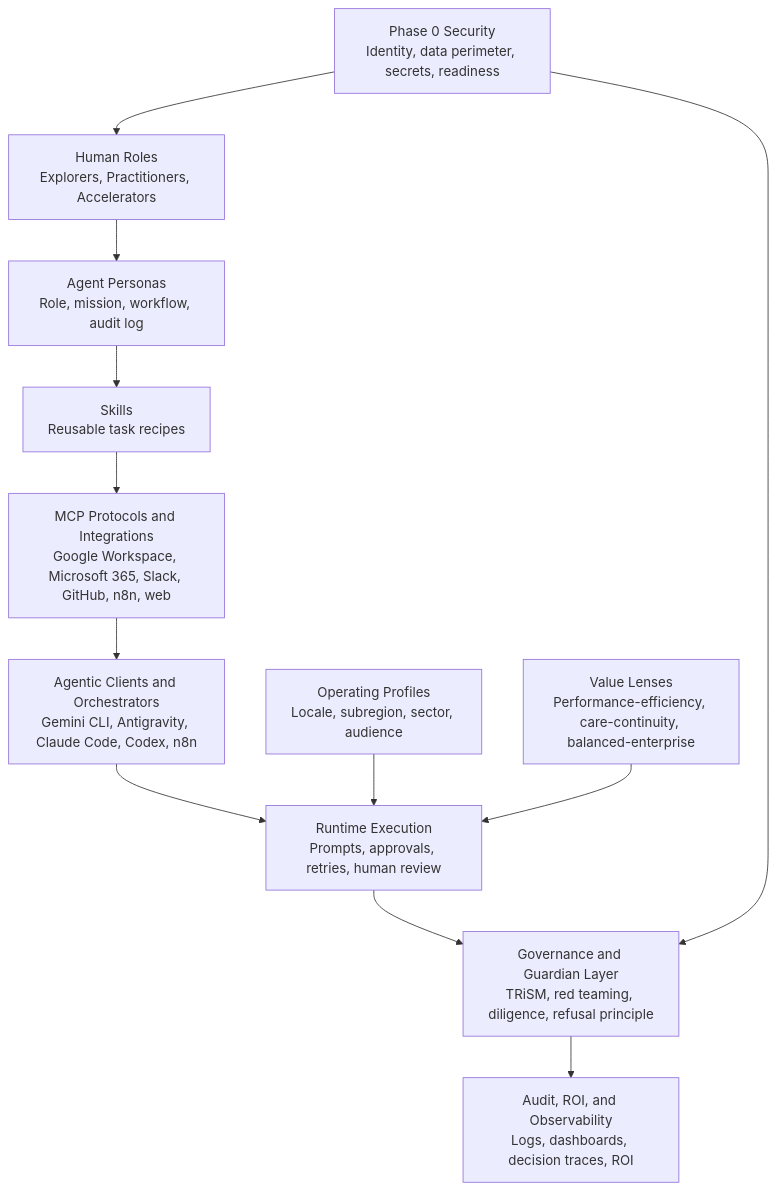
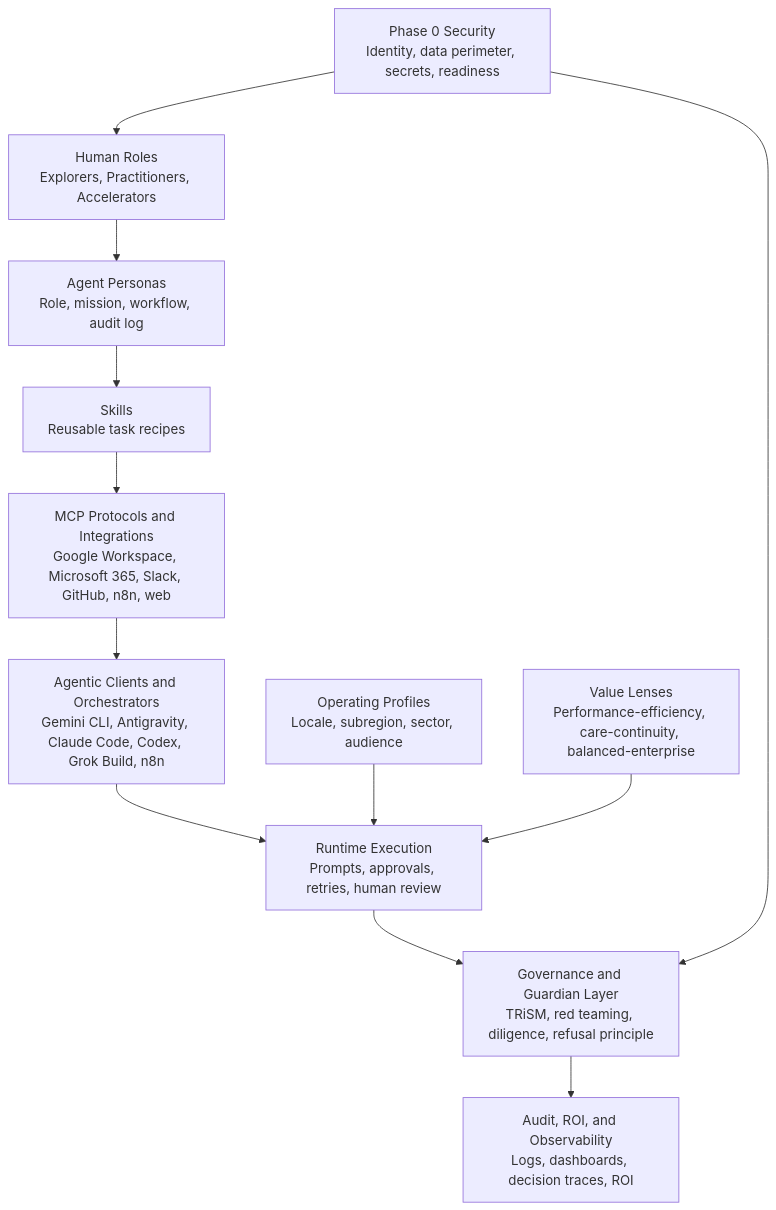
The diagram in docs/visuals/noemi-system-map.md (project-noemi/agents), drawn with Mermaid before and after one commit. The commit also changed 17 other files, not shown here.

First line of the commit message:
docs: name Grok Build wherever the local client list already lives

````diff
--- a/docs/visuals/noemi-system-map.md
+++ b/docs/visuals/noemi-system-map.md
@@ -7,26 +7,26 @@
 ```mermaid
 flowchart TD
     phase0["Phase 0 Security\nIdentity, data perimeter, secrets, readiness"]
     people["Human Roles\nExplorers, Practitioners, Accelerators"]
     personas["Agent Personas\nRole, mission, workflow, audit log"]
     skills["Skills\nReusable task recipes"]
     mcps["MCP Protocols and Integrations\nGoogle Workspace, Microsoft 365, Slack, GitHub, n8n, web"]
-    clients["Agentic Clients and Orchestrators\nGemini CLI, Antigravity, Claude Code, Codex, n8n"]
+    clients["Agentic Clients and Orchestrators\nGemini CLI, Antigravity, Claude Code, Codex, Grok Build, n8n"]
     profiles["Operating Profiles\nLocale, subregion, sector, audience"]
     lenses["Value Lenses\nPerformance-efficiency, care-continuity, balanced-enterprise"]
     runtime["Runtime Execution\nPrompts, approvals, retries, human review"]
     governance["Governance and Guardian Layer\nTRiSM, red teaming, diligence, refusal principle"]
     audit["Audit, ROI, and Observability\nLogs, dashboards, decision traces, ROI"]
 
     phase0 --> people
     people --> personas
     personas --> skills
     skills --> mcps
     mcps --> clients
     clients --> runtime
     profiles --> runtime
     lenses --> runtime
     runtime --> governance
     governance --> audit
     phase0 --> governance
 ```
````
